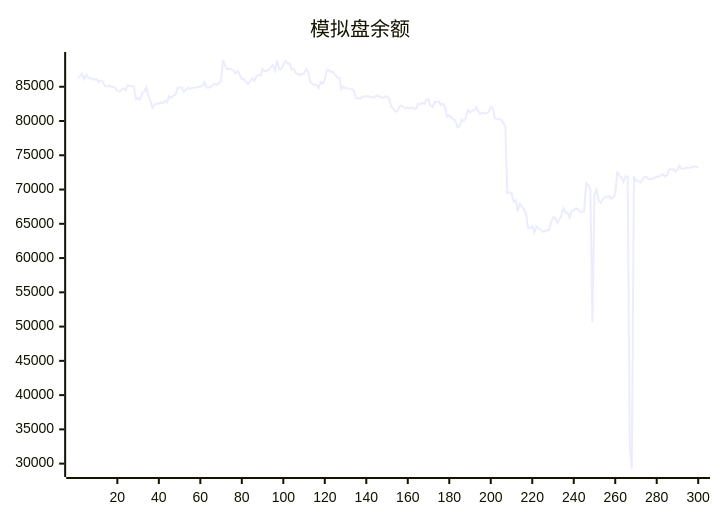
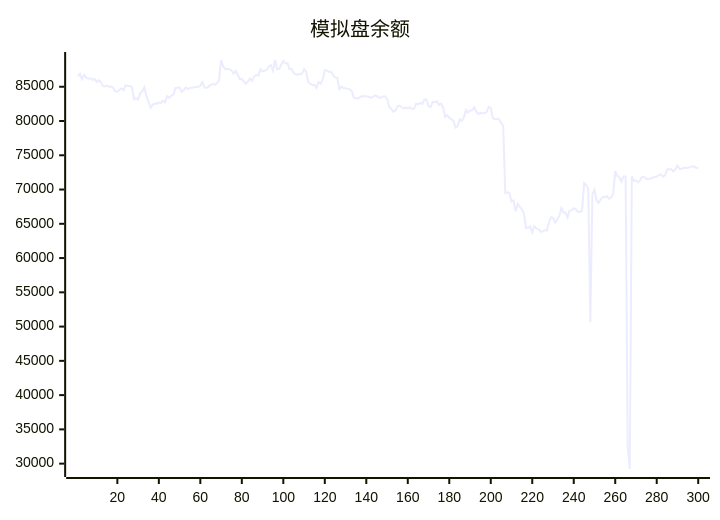
One commit to aahl/ai-trading changed the diagram in README.md. Above: the diagram before and after it, drawn with Mermaid. The commit also changed other lines of this file and 1 other file, not shown here.

````diff
--- a/README.md
+++ b/README.md
@@ -5,5 +5,5 @@
 ```mermaid
 xychart
     title "模拟盘余额"
-    line [86364,86503,86886,86114,86731,86310,86176,86240,86017,86136,85685,85938,85749,85111,85044,85164,85016,85008,84824,84354,84287,84572,84745,84500,85234,85096,85095,84970,83180,83338,83157,84070,84309,84922,83667,82850,81924,82369,82552,82539,82695,82648,82962,82728,83619,83378,83710,83825,84819,84854,84917,84265,84527,84919,84668,84834,84850,84916,84981,85004,85131,85674,84891,84864,85019,85284,85393,85294,85538,85894,88904,88012,87567,87625,87568,87386,86920,87313,86737,86094,86143,85725,85437,85787,86219,85859,86526,86740,86630,87563,87264,87335,87483,87886,88180,87335,88894,87544,87608,88207,88755,88401,88444,87543,87608,87000,86810,86740,86894,86884,87576,87209,85686,85435,85251,85255,84820,85689,85453,86066,87420,87373,87161,87178,86740,86341,86315,84643,85012,84772,84768,84690,84635,84376,83360,83357,83259,83474,83608,83606,83602,83548,83440,83454,83724,83644,83464,83365,83590,83592,83275,82072,81806,81344,81492,82109,82254,82006,81848,81955,81829,82022,81769,81776,82522,82441,82656,82498,83144,83144,82150,82038,82797,82763,82872,82367,82536,81981,80612,80862,80484,80242,80034,79063,79245,80226,80016,80507,81625,81233,81544,81578,82016,81401,81019,81186,81130,81118,81306,82066,81909,80392,80304,80291,80258,79729,79261,69466,69579,69456,68251,68415,66832,67911,67462,67144,66432,64380,64375,64606,63740,64647,64324,64216,63842,63877,64078,64008,65156,65945,65888,65157,65625,66144,67284,66653,66639,65924,66925,66956,67263,67108,66766,66729,66886,70927,70673,70049,50652,69334,69973,68400,68061,68578,68876,68879,69055,68662,68822,69329,72687,71999,71760,71162,71911,71896,32500,29218,71927,71297,71305,71044,71337,71883,71822,71536,71536,71622,71723,71880,71860,72100,72216,71887,72077,72940,72976,72966,72638,72948,73497,73004,73041,73173,73160,73186,73258,73375,73351,73173]
+    line [86503,86886,86114,86731,86310,86176,86240,86017,86136,85685,85938,85749,85111,85044,85164,85016,85008,84824,84354,84287,84572,84745,84500,85234,85096,85095,84970,83180,83338,83157,84070,84309,84922,83667,82850,81924,82369,82552,82539,82695,82648,82962,82728,83619,83378,83710,83825,84819,84854,84917,84265,84527,84919,84668,84834,84850,84916,84981,85004,85131,85674,84891,84864,85019,85284,85393,85294,85538,85894,88904,88012,87567,87625,87568,87386,86920,87313,86737,86094,86143,85725,85437,85787,86219,85859,86526,86740,86630,87563,87264,87335,87483,87886,88180,87335,88894,87544,87608,88207,88755,88401,88444,87543,87608,87000,86810,86740,86894,86884,87576,87209,85686,85435,85251,85255,84820,85689,85453,86066,87420,87373,87161,87178,86740,86341,86315,84643,85012,84772,84768,84690,84635,84376,83360,83357,83259,83474,83608,83606,83602,83548,83440,83454,83724,83644,83464,83365,83590,83592,83275,82072,81806,81344,81492,82109,82254,82006,81848,81955,81829,82022,81769,81776,82522,82441,82656,82498,83144,83144,82150,82038,82797,82763,82872,82367,82536,81981,80612,80862,80484,80242,80034,79063,79245,80226,80016,80507,81625,81233,81544,81578,82016,81401,81019,81186,81130,81118,81306,82066,81909,80392,80304,80291,80258,79729,79261,69466,69579,69456,68251,68415,66832,67911,67462,67144,66432,64380,64375,64606,63740,64647,64324,64216,63842,63877,64078,64008,65156,65945,65888,65157,65625,66144,67284,66653,66639,65924,66925,66956,67263,67108,66766,66729,66886,70927,70673,70049,50652,69334,69973,68400,68061,68578,68876,68879,69055,68662,68822,69329,72687,71999,71760,71162,71911,71896,32500,29218,71927,71297,71305,71044,71337,71883,71822,71536,71536,71622,71723,71880,71860,72100,72216,71887,72077,72940,72976,72966,72638,72948,73497,73004,73041,73173,73160,73186,73258,73375,73351,73173,73098]
 ```
````
